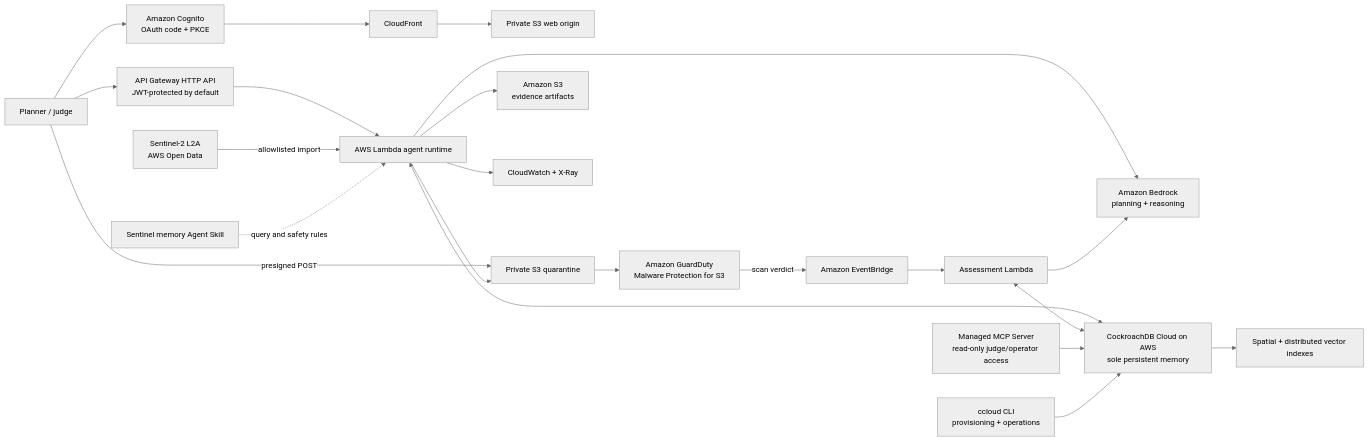
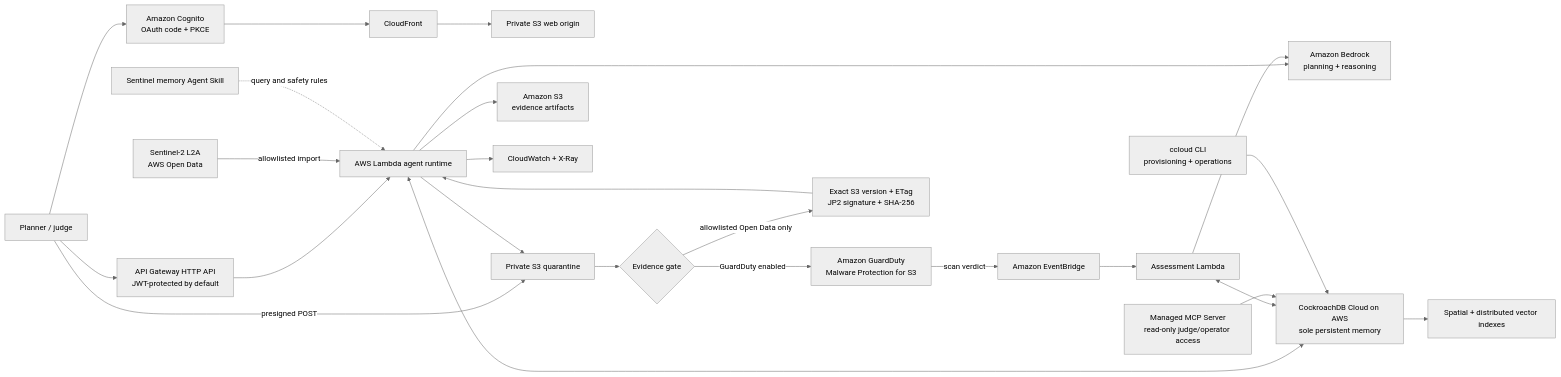
Before and after one commit to Developer668/sentineltwin: the diagram in README.md, drawn with Mermaid (neutral theme). The commit also changed other lines of this file and 47 other files, not shown here.

````diff
--- a/README.md
+++ b/README.md
@@ -33,19 +33,21 @@
 ```mermaid
 flowchart LR
     U["Planner / judge"] --> COG["Amazon Cognito\nOAuth code + PKCE"] --> CF["CloudFront"] --> WEB["Private S3 web origin"]
     U --> APIGW["API Gateway HTTP API\nJWT-protected by default"] --> L["AWS Lambda agent runtime"]
     U -->|"presigned POST"| Q["Private S3 quarantine"]
     OD["Sentinel-2 L2A\nAWS Open Data"] -->|"allowlisted import"| L --> Q
-    Q --> GD["Amazon GuardDuty\nMalware Protection for S3"]
+    Q --> VERIFY{"Evidence gate"}
+    VERIFY -->|"GuardDuty enabled"| GD["Amazon GuardDuty\nMalware Protection for S3"]
     GD -->|"scan verdict"| EB["Amazon EventBridge"] --> ING["Assessment Lambda"]
+    VERIFY -->|"allowlisted Open Data only"| HASH["Exact S3 version + ETag\nJP2 signature + SHA-256"] --> L
     L --> ART["Amazon S3\nevidence artifacts"]
     L --> BR["Amazon Bedrock\nplanning + reasoning"]
     ING --> BR
     L <--> CRDB["CockroachDB Cloud on AWS\nsole persistent memory"]
     ING <--> CRDB
     CRDB --> V["Spatial + distributed vector indexes"]
     MCP["Managed MCP Server\nread-only judge/operator access"] --> CRDB
     CC["ccloud CLI\nprovisioning + operations"] --> CRDB
     SK["Sentinel memory Agent Skill"] -. query and safety rules .-> L
     L --> OBS["CloudWatch + X-Ray"]
 ```
````
